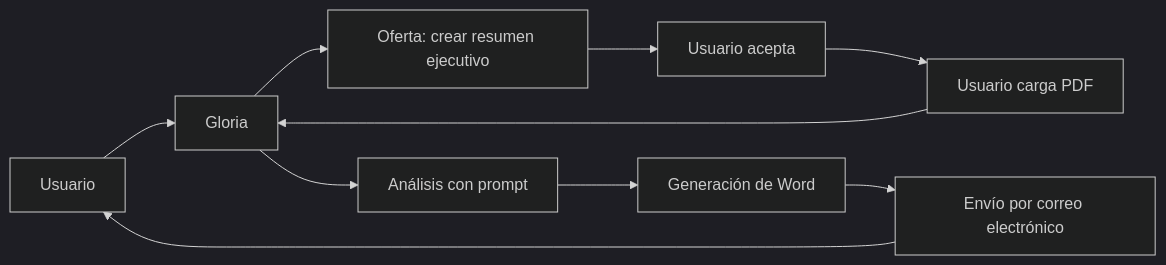
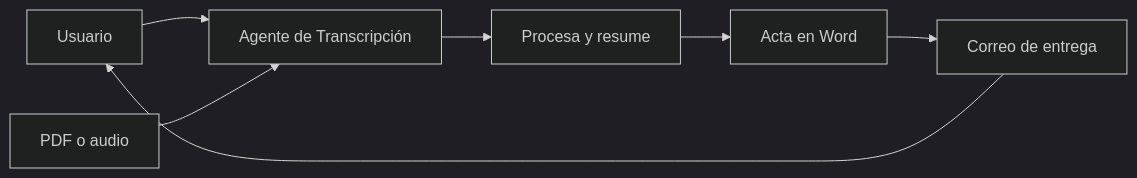
The first of 2 diagrams in README.md (lab-innovacion-caf/Agentes), drawn with Mermaid (dark theme) before and after one commit. The commit also changed other lines of this file, not shown here.

Commit message:
Update README.md Agente Transcripcion

````diff
--- a/README.md
+++ b/README.md
@@ -70,12 +72,9 @@
 ```mermaid
 flowchart LR
-    U[Usuario] --> G[Gloria]
-    G --> O[Oferta: crear resumen ejecutivo]
-    O --> U2[Usuario acepta]
-    U2 --> D[Usuario carga PDF]
-    D --> G
-    G --> A[Análisis con prompt]
-    A --> W[Generación de Word]
-    W --> E[Envío por correo electrónico]
-    E --> U
+    U[Usuario] --> A[Agente de Transcripción]
+    U2[PDF o audio] --> A
+    A --> P[Procesa y resume]
+    P --> W[Acta en Word]
+    W --> C[Correo de entrega]
+    C --> U
 ```
````
